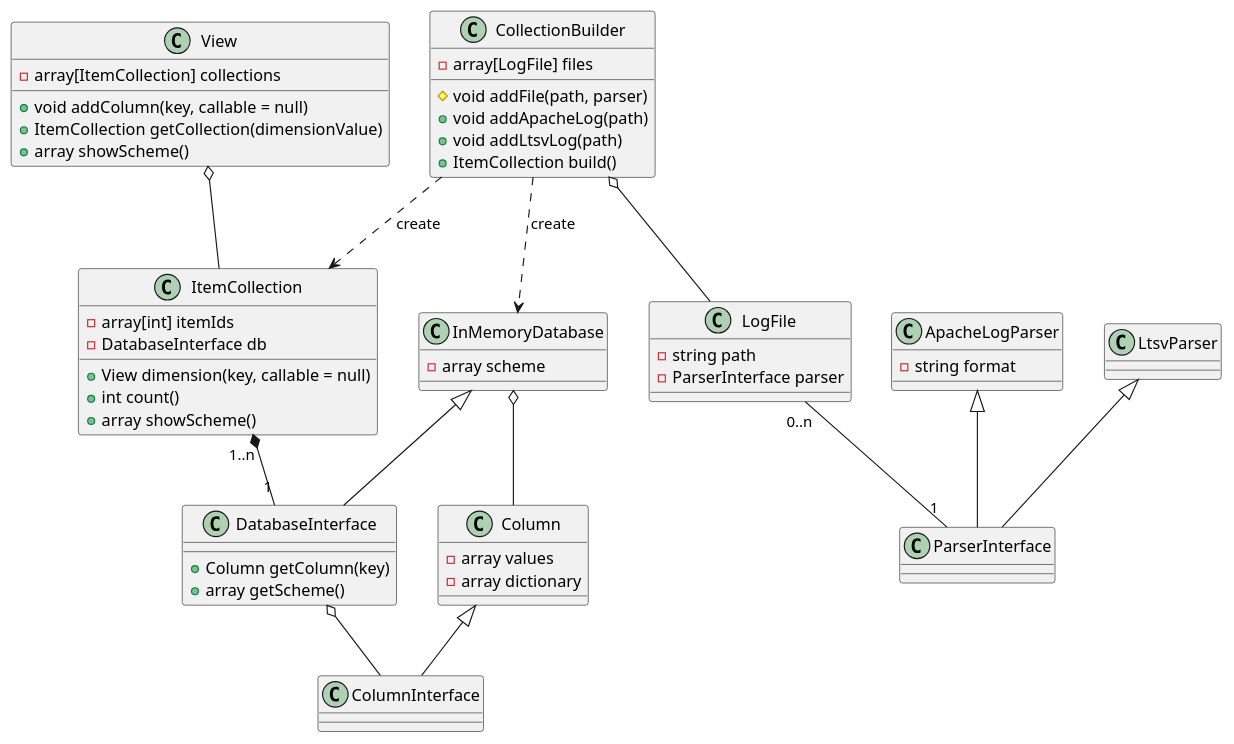
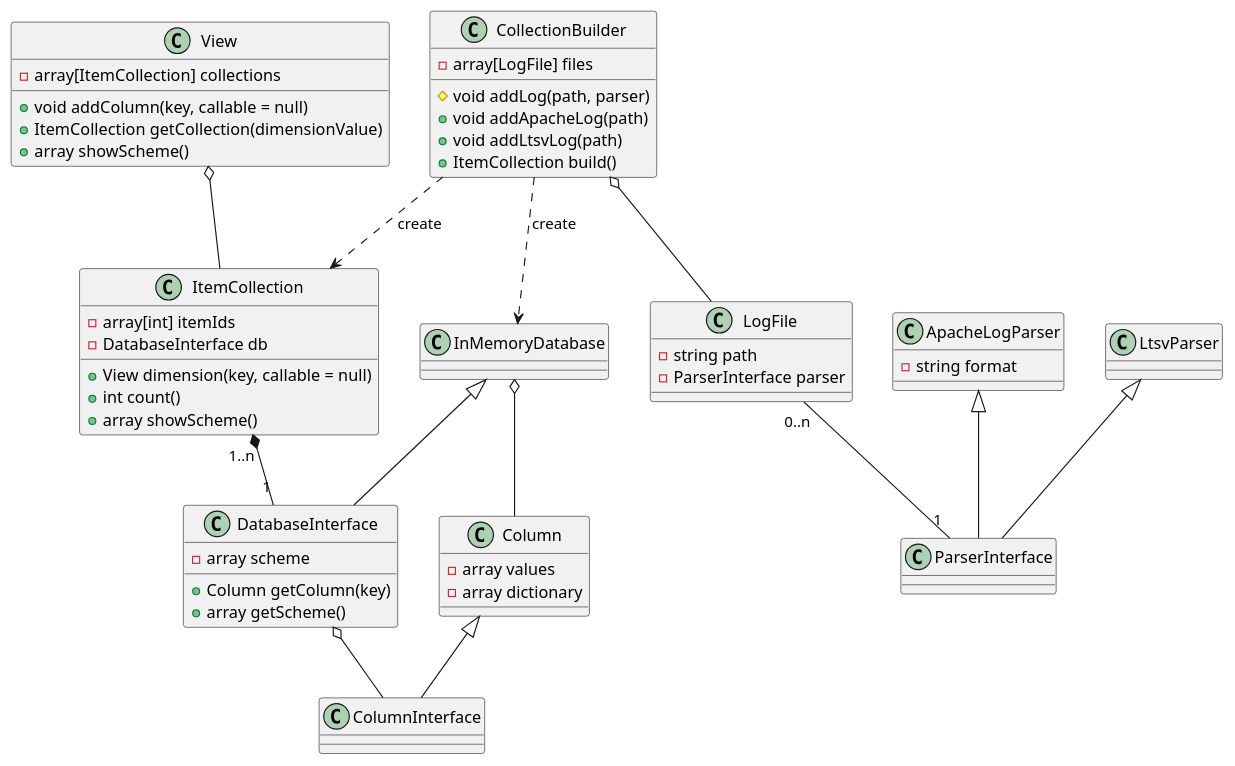
One commit to nazonohito51/log-analyzer changed the diagram in doc/after.puml. Above: the diagram before and after it, drawn with PlantUML. The commit also changed 1 other file, not shown here.

```diff
--- a/doc/after.puml
+++ b/doc/after.puml
@@ -1,73 +1,72 @@
 @startuml
 class InMemoryDatabase {
-  - array scheme
-
 }
 
 class DatabaseInterface {
+  - array scheme
   + Column getColumn(key)
   + array getScheme()
 }
 
 class Column {
   - array values
   - array dictionary
 }
 
 class ColumnInterface {
 }
 
 class ItemCollection {
   - array[int] itemIds
   - DatabaseInterface db
 
   + View dimension(key, callable = null)
   + int count()
   + array showScheme()
 }
 
 class View {
   - array[ItemCollection] collections
 
   + void addColumn(key, callable = null)
   + ItemCollection getCollection(dimensionValue)
   + array showScheme()
 }
 
 class LogFile {
   - string path
   - ParserInterface parser
 }
 
 class ParserInterface {
 }
 
 class ApacheLogParser {
   - string format
 }
 
 class LtsvParser {
 }
 
 class CollectionBuilder {
   - array[LogFile] files
 
-  # void addFile(path, parser)
+  # void addLog(path, parser)
   + void addApacheLog(path)
   + void addLtsvLog(path)
   + ItemCollection build()
 }
 
 InMemoryDatabase o-- Column
 LogFile "0..n" -- "1" ParserInterface
 View o-- ItemCollection
 CollectionBuilder ..> ItemCollection : create
 CollectionBuilder ..> InMemoryDatabase : create
 CollectionBuilder o-- LogFile
 ItemCollection "1..n" *-- "1" DatabaseInterface
 ApacheLogParser <|-- ParserInterface
 LtsvParser <|-- ParserInterface
 InMemoryDatabase <|-- DatabaseInterface
 Column <|-- ColumnInterface
 DatabaseInterface o-- ColumnInterface
 @enduml
```
